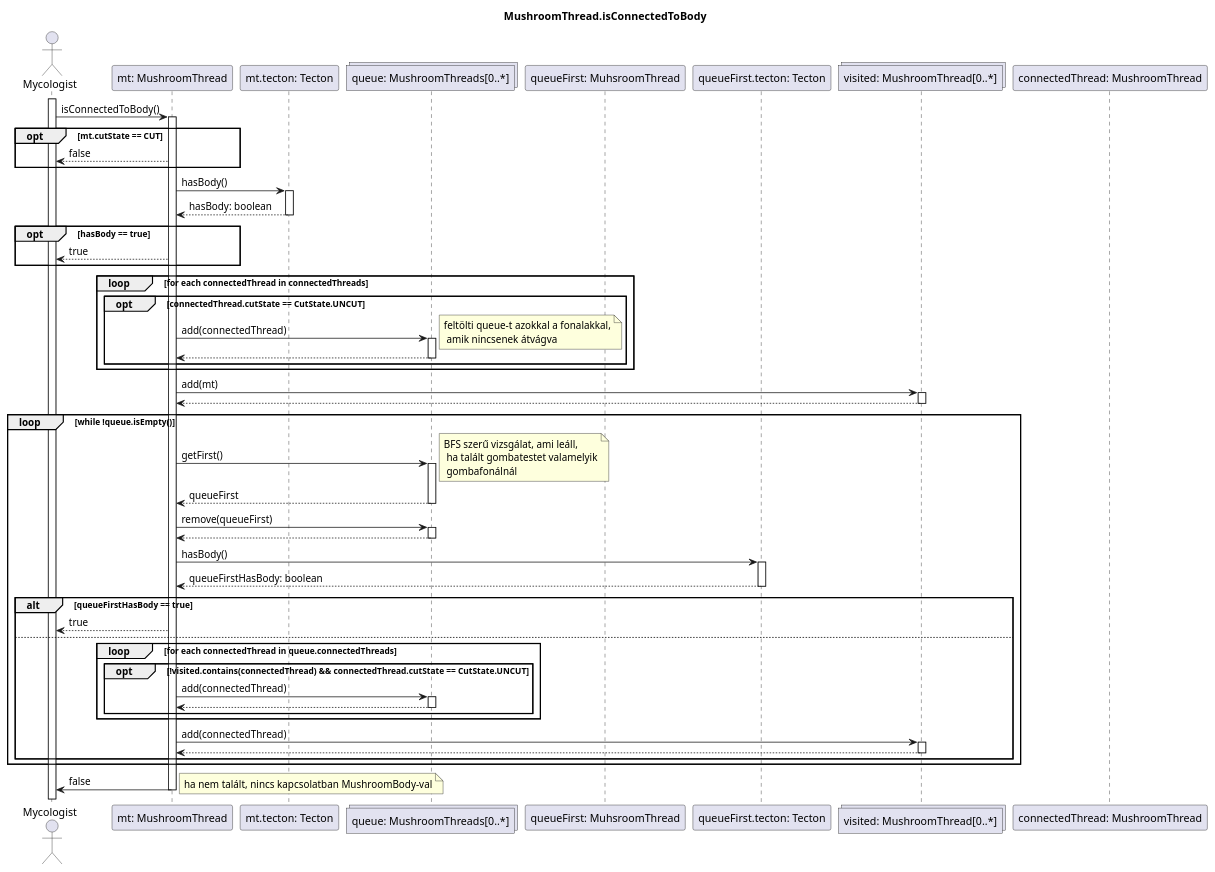
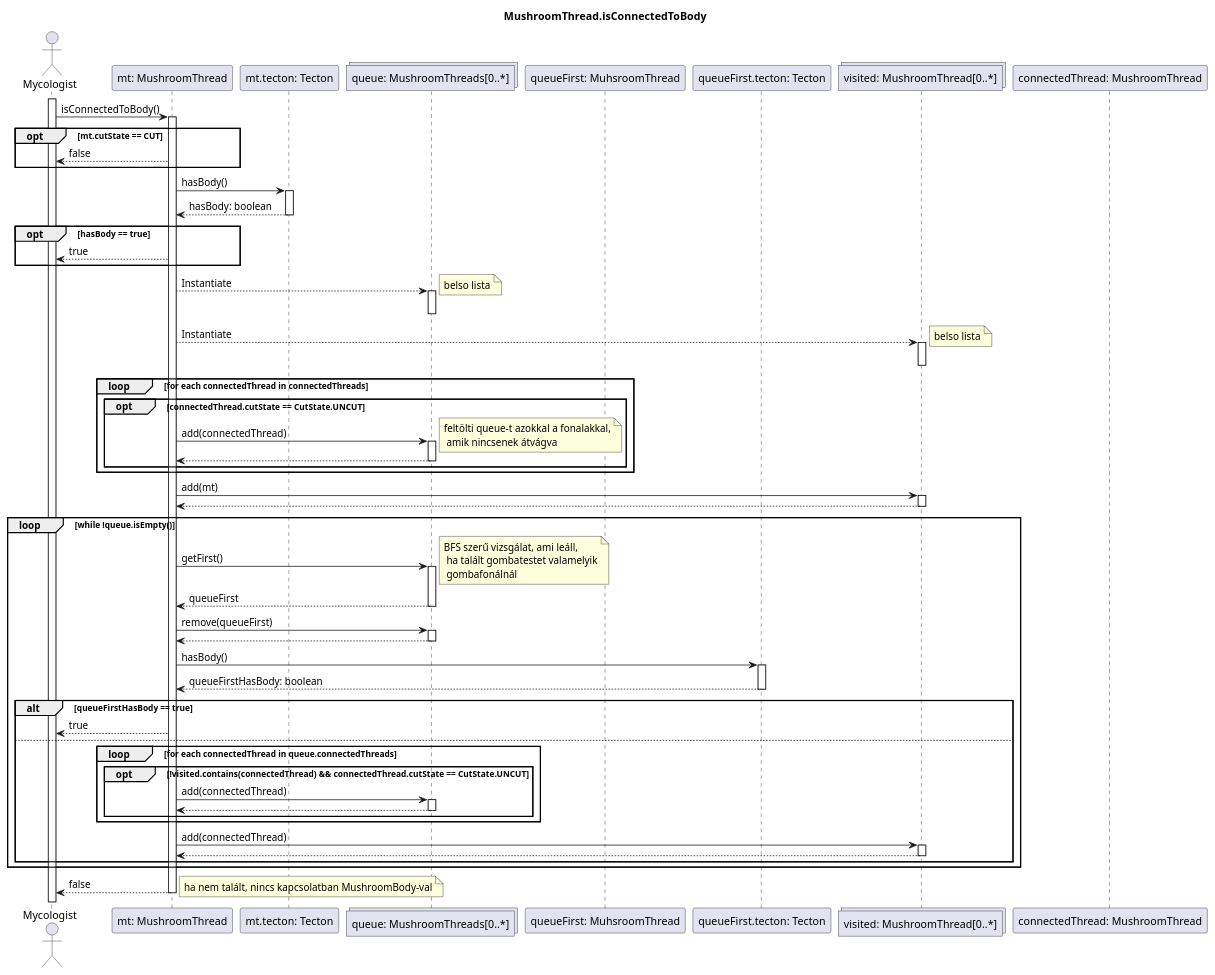
Before and after one commit to dzsem/projlab: the diagram in diagrams/sequence/mushroom/isConnectedToBody.wsd, drawn with PlantUML. The commit also changed 1 other file, not shown here.

```diff
--- a/diagrams/sequence/mushroom/isConnectedToBody.wsd
+++ b/diagrams/sequence/mushroom/isConnectedToBody.wsd
@@ -1,94 +1,102 @@
 @startuml Is Connected To Body
 title MushroomThread.isConnectedToBody
 
 actor "Mycologist" as mycologist
 
 participant "mt: MushroomThread" as mt
 participant "mt.tecton: Tecton" as t
 collections "queue: MushroomThreads[0..*]" as q
 participant "queueFirst: MuhsroomThread" as q1
 participant "queueFirst.tecton: Tecton" as q1t
 collections "visited: MushroomThread[0..*]" as visited
 
 participant "connectedThread: MushroomThread" as ct
 
 
 activate mycologist
 mycologist -> mt: isConnectedToBody()
 activate mt
 
 
 opt mt.cutState == CUT
     mt --> mycologist: false
 end
 
 mt -> t: hasBody()
 activate t
 t --> mt: hasBody: boolean
 deactivate t
 
 opt hasBody == true
     mt --> mycologist: true
 end
 
+mt --> q: Instantiate
+note right: belso lista
+activate q 
+deactivate q 
 
+mt --> visited: Instantiate
+note right: belso lista
+activate visited 
+deactivate visited 
 
 loop for each connectedThread in connectedThreads  
     opt connectedThread.cutState == CutState.UNCUT
         mt -> q: add(connectedThread)
         note right: feltölti queue-t azokkal a fonalakkal,\n amik nincsenek átvágva
         activate q
         q --> mt
         deactivate q
     end
 end
 
 mt -> visited: add(mt)
 activate visited
 visited --> mt
 deactivate visited
 
 loop while !queue.isEmpty()
     mt -> q: getFirst() 
     note right: BFS szerű vizsgálat, ami leáll,\n ha talált gombatestet valamelyik\n gombafonálnál
     activate q
     q --> mt: queueFirst
     deactivate q
 
     mt -> q: remove(queueFirst)
     activate q
     q --> mt
     deactivate q
 
     mt -> q1t: hasBody()
     activate q1t
     q1t --> mt: queueFirstHasBody: boolean
     deactivate q1t
 
     alt queueFirstHasBody == true
         mt --> mycologist: true
 
     else
         loop for each connectedThread in queue.connectedThreads
             opt !visited.contains(connectedThread) && connectedThread.cutState == CutState.UNCUT
                 mt -> q: add(connectedThread)
                 activate q
                 q --> mt
                 deactivate q
             end
         end
 
         mt -> visited: add(connectedThread)
         activate visited
         visited --> mt
         deactivate visited
     end
 end
 
-mt -> mycologist: false
+mt --> mycologist: false
 note right: ha nem talált, nincs kapcsolatban MushroomBody-val
 deactivate mt
 
 
 
 @enduml
```
